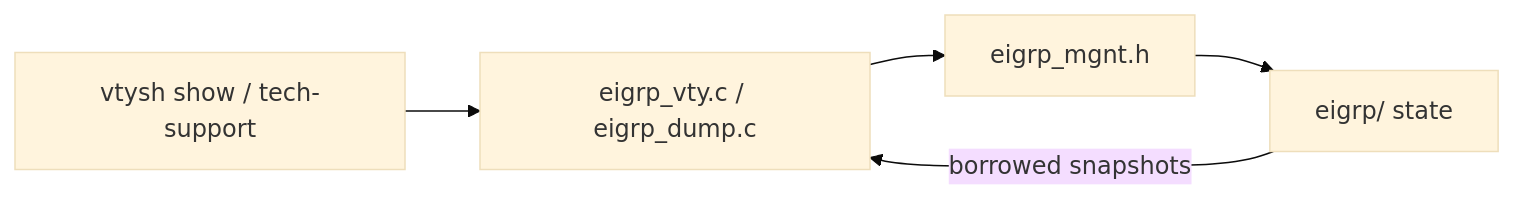
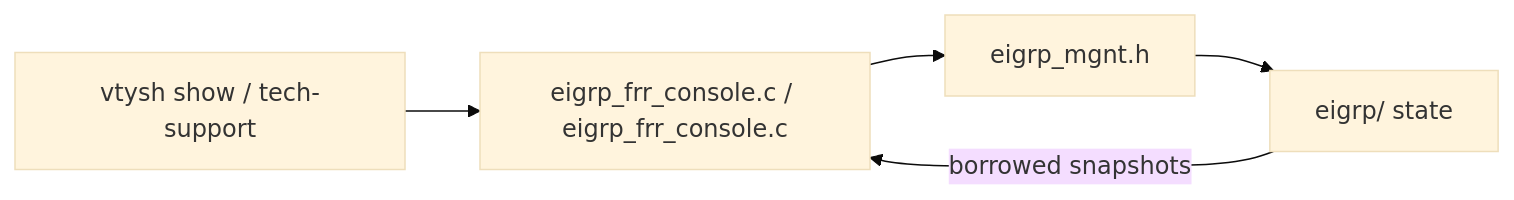
One commit to diivious/eigrp changed the second of 2 diagrams in frr/README.md. Above: the diagram before and after it, drawn with Mermaid (base theme). The commit also changed other lines of this file and 77 other files, not shown here.

````diff
--- a/frr/README.md
+++ b/frr/README.md
@@ -103,12 +103,12 @@
 ```mermaid
 flowchart LR
   show["vtysh show / tech-support"]
-  vty["eigrp_vty.c / eigrp_dump.c"]
+  vty["eigrp_frr_console.c / eigrp_frr_console.c"]
   mgnt["eigrp_mgnt.h"]
   core["eigrp/ state"]
 
   show --> vty
   vty --> mgnt
   mgnt --> core
   core -->|"borrowed snapshots"| vty
 ```
````
